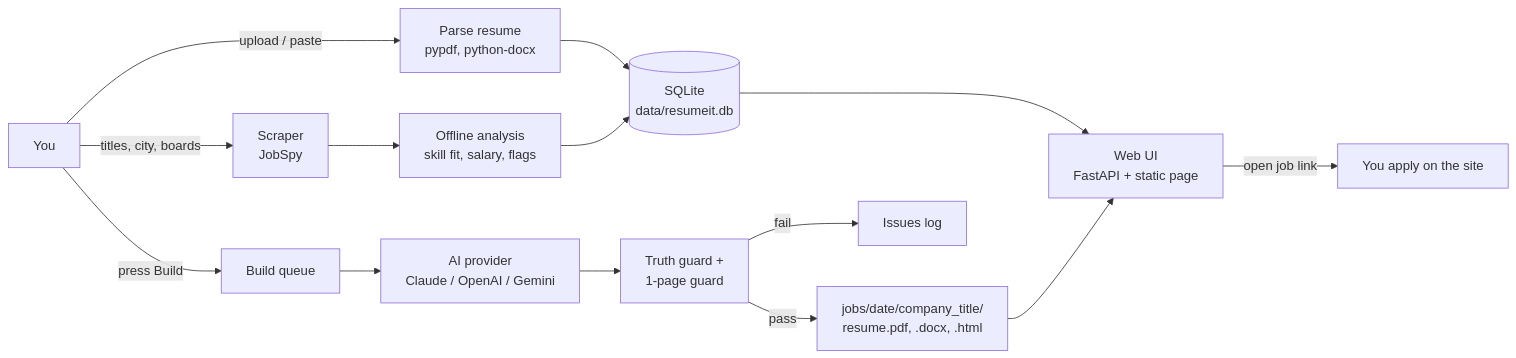
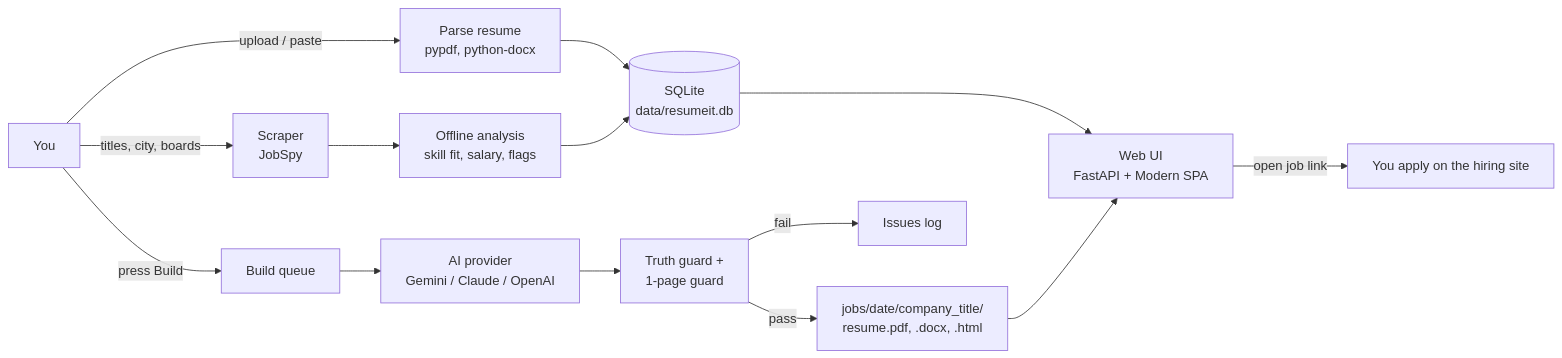
The diagram in README.md (Himanshusingh204/Resumeit), drawn with Mermaid before and after one commit. The commit also changed other lines of this file and 2 other files, not shown here.

Commit message:
Redesign UI: modern responsive layout, human-crafted frontend, hardened gitignore, updated README

````diff
--- a/README.md
+++ b/README.md
@@ -29,16 +47,16 @@
 ```mermaid
 flowchart LR
     U[You] -->|upload / paste| P[Parse resume<br/>pypdf, python-docx]
     P --> DB[(SQLite<br/>data/resumeit.db)]
     U -->|titles, city, boards| S[Scraper<br/>JobSpy]
     S --> F[Offline analysis<br/>skill fit, salary, flags]
     F --> DB
-    DB --> UI[Web UI<br/>FastAPI + static page]
+    DB --> UI[Web UI<br/>FastAPI + Modern SPA]
     U -->|press Build| Q[Build queue]
-    Q --> AI[AI provider<br/>Claude / OpenAI / Gemini]
+    Q --> AI[AI provider<br/>Gemini / Claude / OpenAI]
     AI --> G[Truth guard +<br/>1-page guard]
     G -->|pass| O[jobs/date/company_title/<br/>resume.pdf, .docx, .html]
     G -->|fail| I[Issues log]
     O --> UI
-    UI -->|open job link| A[You apply on the site]
+    UI -->|open job link| A[You apply on the hiring site]
 ```
````
